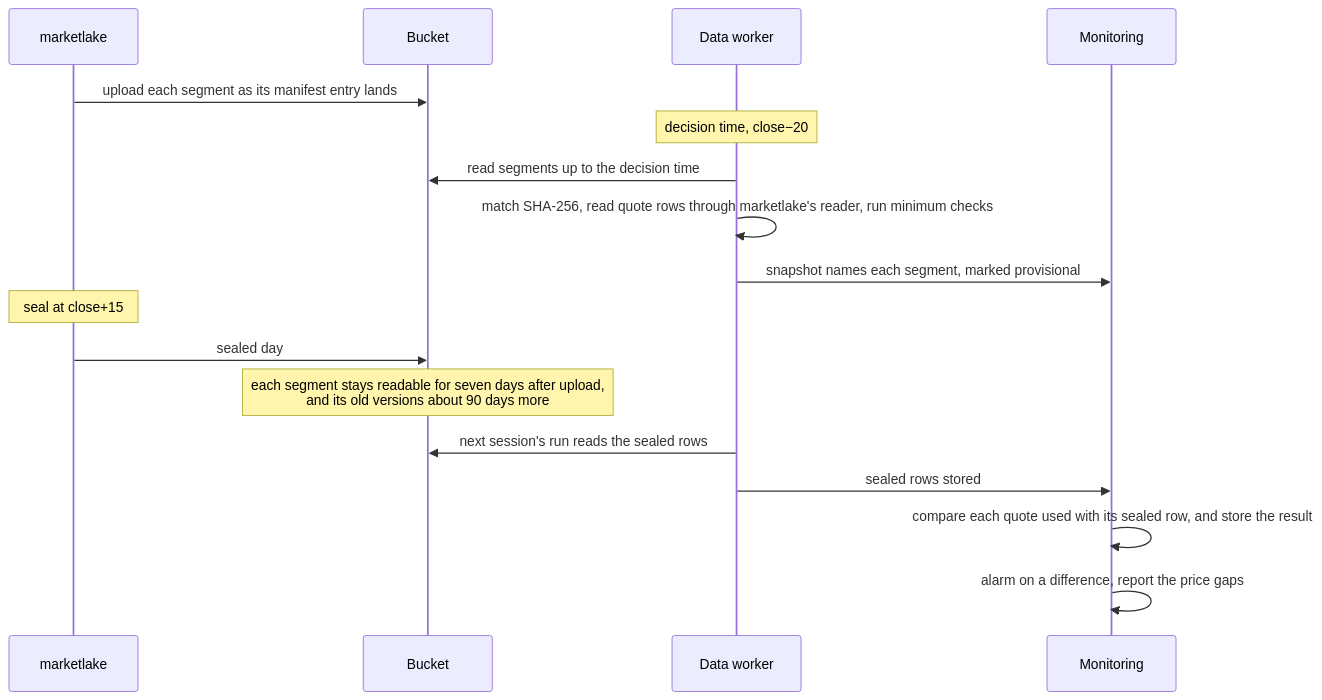
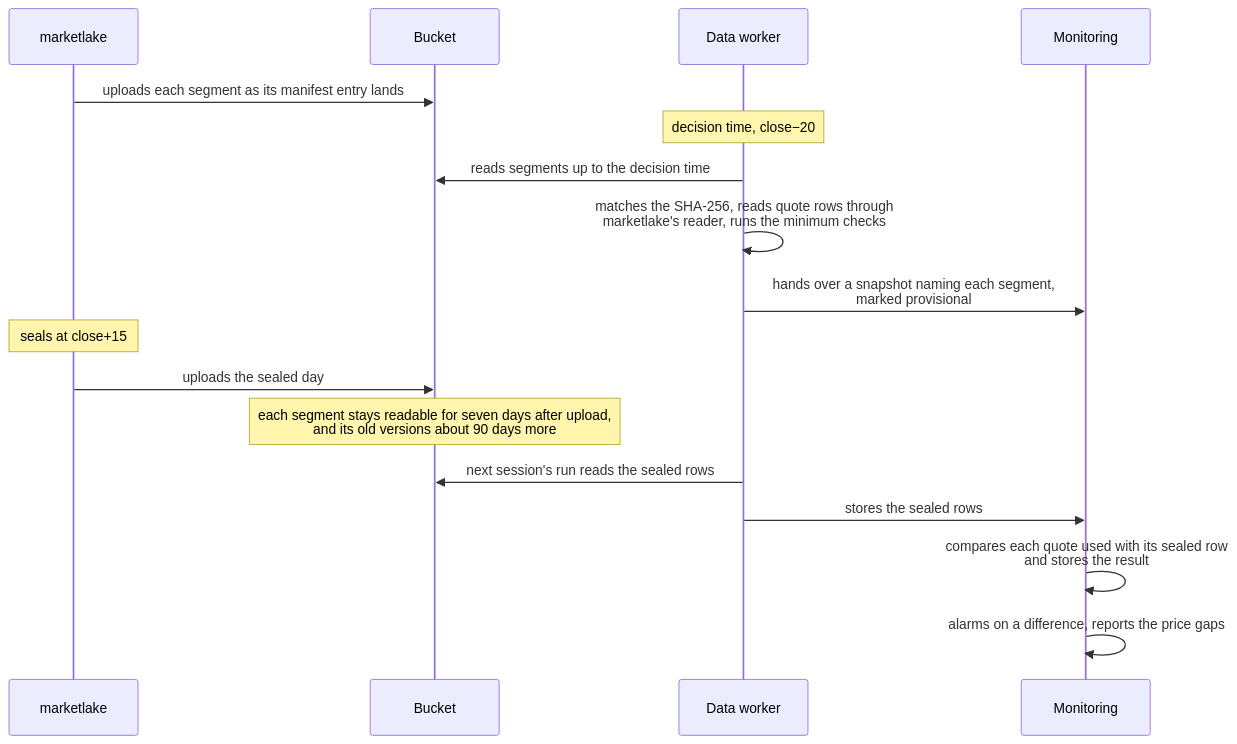
One commit to l3a0/ithildin-runtime changed the sixth of 35 diagrams in docs/architecture.md. Above: the diagram before and after it, drawn with Mermaid. The commit also changed other lines of this file and 2 other files, not shown here.

First line of the commit message:
docs: restyle the words in the Mermaid diagrams

````diff
--- a/docs/architecture.md
+++ b/docs/architecture.md
@@ -335,19 +335,19 @@
 ```mermaid
 sequenceDiagram
     participant M as marketlake
     participant B as Bucket
     participant D as Data worker
     participant O as Monitoring
-    M->>B: upload each segment as its manifest entry lands
+    M->>B: uploads each segment as its manifest entry lands
     Note over D: decision time, close−20
-    D->>B: read segments up to the decision time
-    D->>D: match SHA-256, read quote rows through marketlake's reader, run minimum checks
-    D->>O: snapshot names each segment, marked provisional
-    Note over M: seal at close+15
-    M->>B: sealed day
+    D->>B: reads segments up to the decision time
+    D->>D: matches the SHA-256, reads quote rows through<br/>marketlake's reader, runs the minimum checks
+    D->>O: hands over a snapshot naming each segment,<br/>marked provisional
+    Note over M: seals at close+15
+    M->>B: uploads the sealed day
     Note over B: each segment stays readable for seven days after upload,<br/>and its old versions about 90 days more
     D->>B: next session's run reads the sealed rows
-    D->>O: sealed rows stored
-    O->>O: compare each quote used with its sealed row, and store the result
-    O->>O: alarm on a difference, report the price gaps
+    D->>O: stores the sealed rows
+    O->>O: compares each quote used with its sealed row<br/>and stores the result
+    O->>O: alarms on a difference, reports the price gaps
 ```
````
